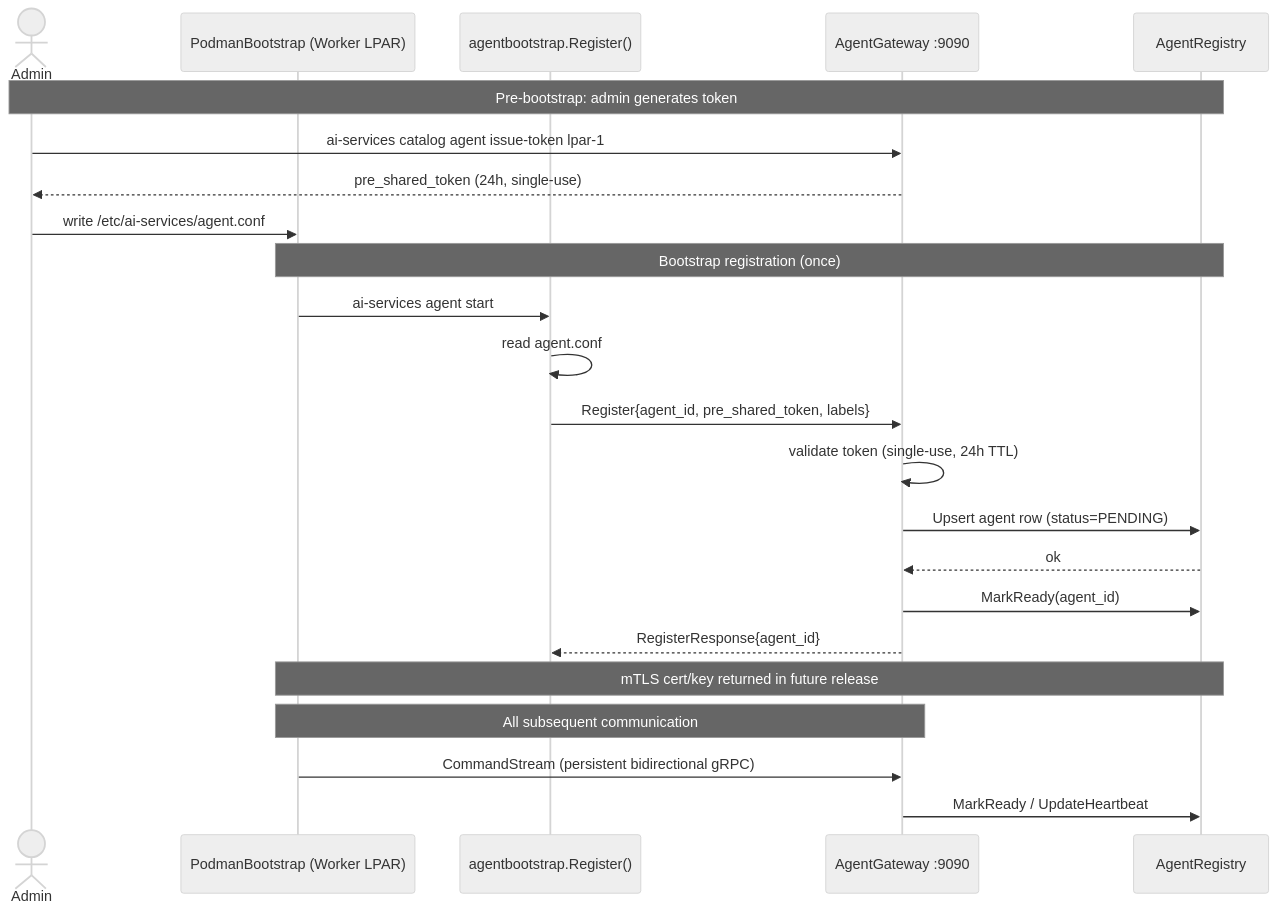
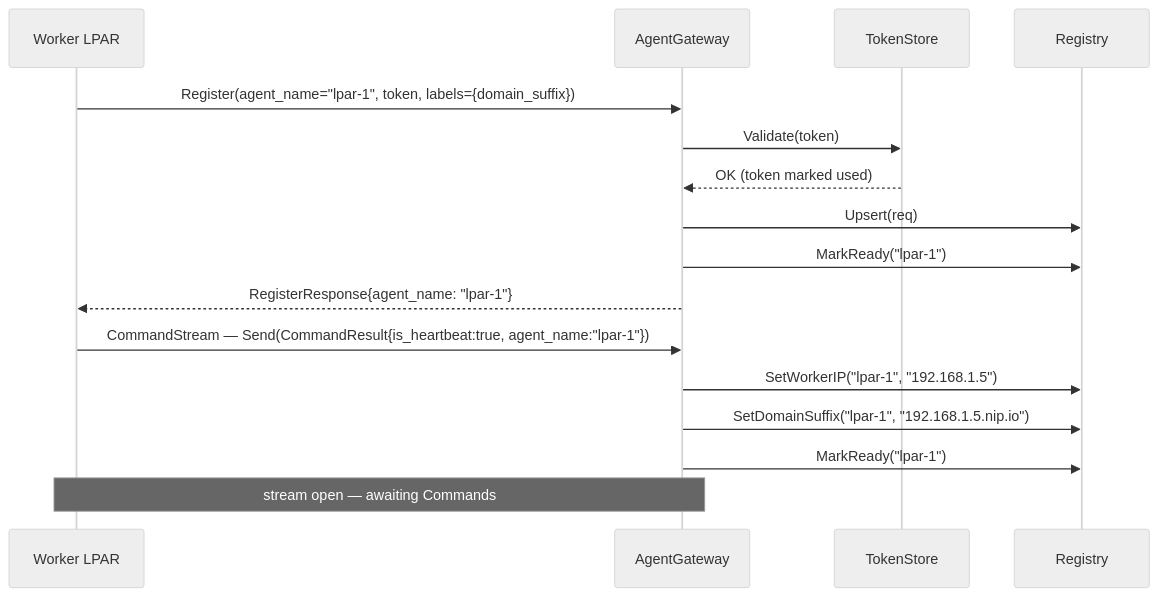
One commit to IBM/project-ai-services changed the third of 5 diagrams in docs/proposals/catalog/remote-worker-agent-proposal.md. Above: the diagram before and after it, drawn with Mermaid (neutral theme). The commit also changed other lines of this file, not shown here.

Commit message:
update for agent + caddy

````diff
--- a/docs/proposals/catalog/remote-worker-agent-proposal.md
+++ b/docs/proposals/catalog/remote-worker-agent-proposal.md
@@ -204,28 +269,20 @@
 ```mermaid
 sequenceDiagram
-    actor Admin
-    participant Worker as PodmanBootstrap (Worker LPAR)
-    participant Reg as agentbootstrap.Register()
-    participant GW as AgentGateway :9090
-    participant AR as AgentRegistry
+    participant W as Worker LPAR
+    participant GW as AgentGateway
+    participant TS as TokenStore
+    participant REG as Registry
 
-    Note over Admin,AR: Pre-bootstrap: admin generates token
-    Admin->>GW: ai-services catalog agent issue-token lpar-1
-    GW-->>Admin: pre_shared_token (24h, single-use)
-    Admin->>Worker: write /etc/ai-services/agent.conf
+    W->>GW: Register(agent_name="lpar-1", token, labels={domain_suffix})
+    GW->>TS: Validate(token)
+    TS-->>GW: OK (token marked used)
+    GW->>REG: Upsert(req)
+    GW->>REG: MarkReady("lpar-1")
+    GW-->>W: RegisterResponse{agent_name: "lpar-1"}
 
-    Note over Worker,AR: Bootstrap registration (once)
-    Worker->>Reg: ai-services agent start
-    Reg->>Reg: read agent.conf
-    Reg->>GW: Register{agent_id, pre_shared_token, labels}
-    GW->>GW: validate token (single-use, 24h TTL)
-    GW->>AR: Upsert agent row (status=PENDING)
-    AR-->>GW: ok
-    GW->>AR: MarkReady(agent_id)
-    GW-->>Reg: RegisterResponse{agent_id}
-    Note over Worker,AR: mTLS cert/key returned in future release
-
-    Note over Worker,GW: All subsequent communication
-    Worker->>GW: CommandStream (persistent bidirectional gRPC)
-    GW->>AR: MarkReady / UpdateHeartbeat
+    W->>GW: CommandStream — Send(CommandResult{is_heartbeat:true, agent_name:"lpar-1"})
+    GW->>REG: SetWorkerIP("lpar-1", "192.168.1.5")
+    GW->>REG: SetDomainSuffix("lpar-1", "192.168.1.5.nip.io")
+    GW->>REG: MarkReady("lpar-1")
+    Note over W,GW: stream open — awaiting Commands
 ```
````
